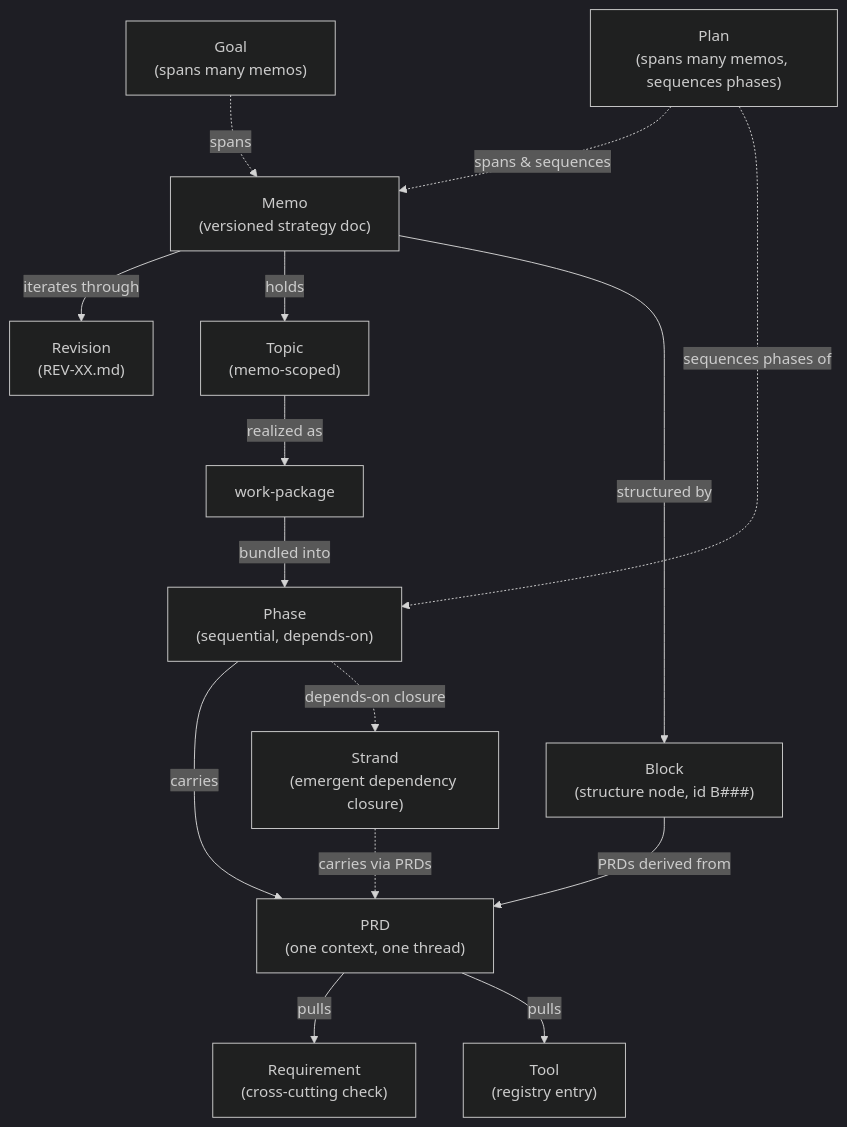
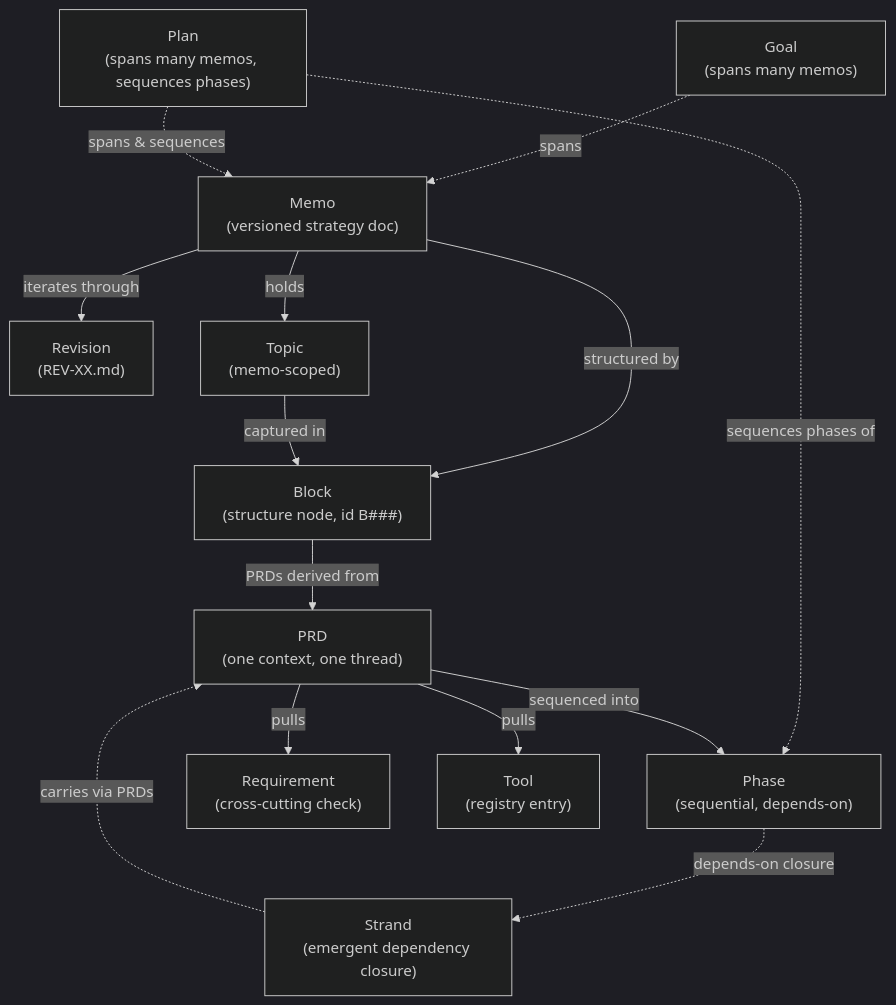
The first of 4 diagrams in dist/memo/0.1.0/spec/30-primitives.md (Memo-Init/spec), drawn with Mermaid (dark theme) before and after one commit. The commit also changed other lines of this file and 100 other files, not shown here.

````diff
--- a/dist/memo/0.1.0/spec/30-primitives.md
+++ b/dist/memo/0.1.0/spec/30-primitives.md
@@ -26,30 +26,28 @@
 ```mermaid
 flowchart TD
     GOAL["Goal<br/>(spans many memos)"]
     MEMO["Memo<br/>(versioned strategy doc)"]
     REV["Revision<br/>(REV-XX.md)"]
     TOPIC["Topic<br/>(memo-scoped)"]
     BLOCK["Block<br/>(structure node, id B###)"]
-    WP["work-package"]
     PHASE["Phase<br/>(sequential, depends-on)"]
     PRD["PRD<br/>(one context, one thread)"]
     STRAND["Strand<br/>(emergent dependency closure)"]
     REQ["Requirement<br/>(cross-cutting check)"]
     TOOL["Tool<br/>(registry entry)"]
     PLAN["Plan<br/>(spans many memos, sequences phases)"]
 
     GOAL -.->|spans| MEMO
     PLAN -.->|spans & sequences| MEMO
     PLAN -. sequences phases of .-> PHASE
     MEMO -->|iterates through| REV
     MEMO -->|holds| TOPIC
     MEMO -->|structured by| BLOCK
-    TOPIC -->|realized as| WP
-    WP -->|bundled into| PHASE
-    PHASE -->|carries| PRD
+    TOPIC -->|captured in| BLOCK
     BLOCK -->|PRDs derived from| PRD
+    PRD -->|sequenced into| PHASE
     PHASE -. depends-on closure .-> STRAND
     STRAND -. carries via PRDs .-> PRD
     PRD -->|pulls| REQ
     PRD -->|pulls| TOOL
 ```
````
